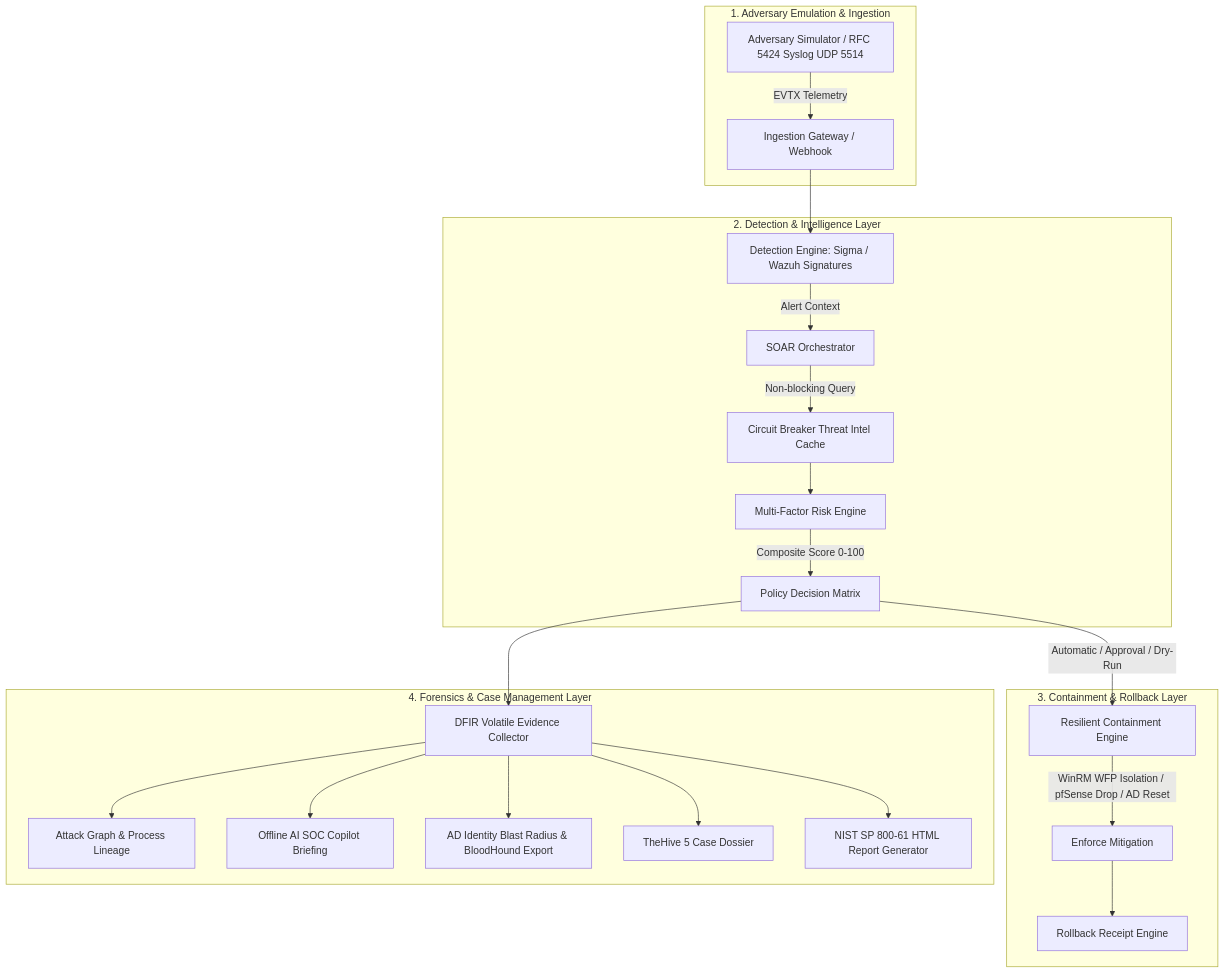
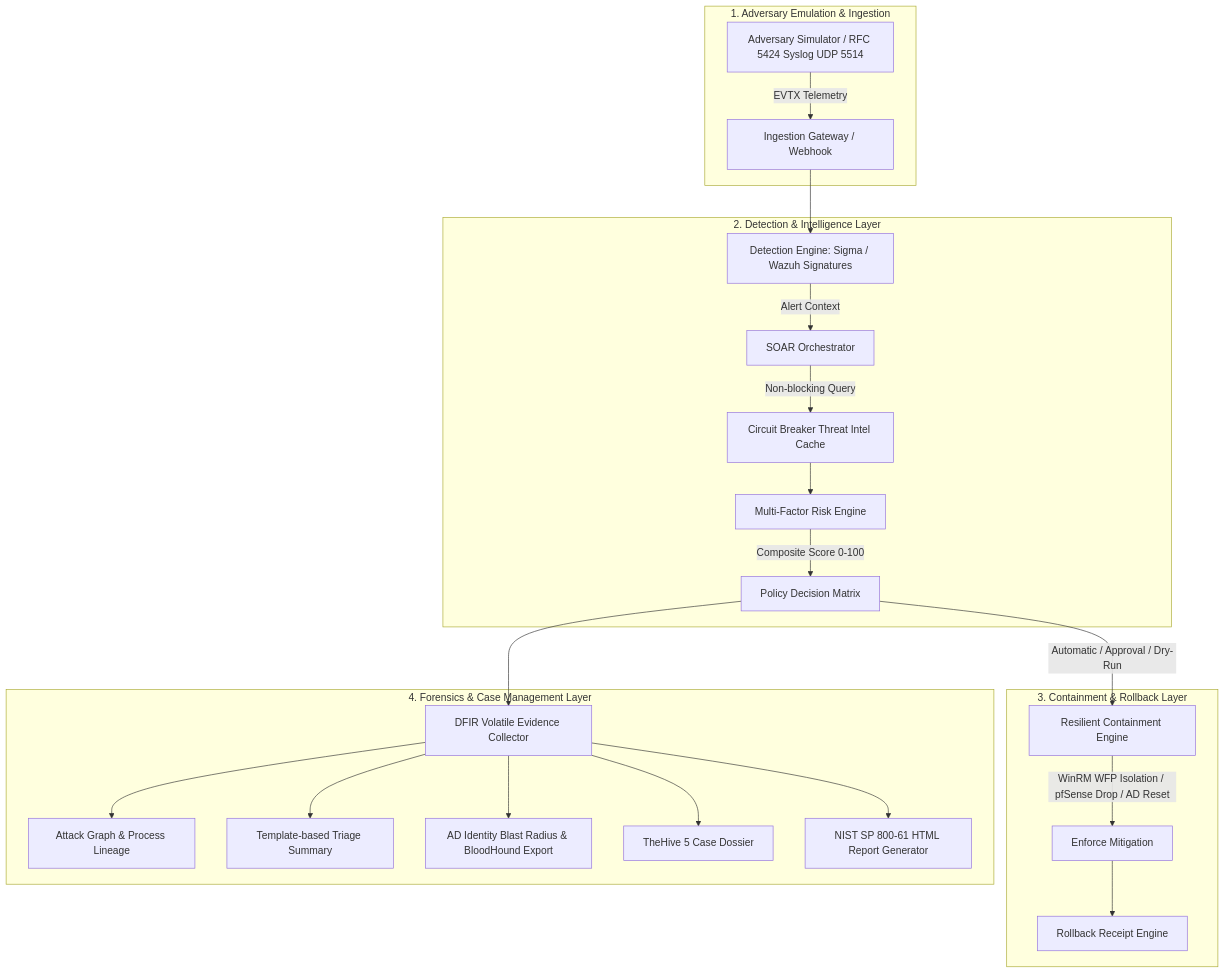
The diagram in README.md (lumidren/CyberPulse-SOC-Suite), drawn with Mermaid before and after one commit. The commit also changed other lines of this file and 2 other files, not shown here.

````diff
--- a/README.md
+++ b/README.md
@@ -79,29 +79,29 @@
 ```mermaid
 flowchart TD
     subgraph 1. Adversary Emulation & Ingestion
         SIM[Adversary Simulator / RFC 5424 Syslog UDP 5514] -->|EVTX Telemetry| INGEST[Ingestion Gateway / Webhook]
     end
 
     subgraph 2. Detection & Intelligence Layer
         INGEST --> DE[Detection Engine: Sigma / Wazuh Signatures]
         DE -->|Alert Context| ORCH[SOAR Orchestrator]
         ORCH -->|Non-blocking Query| CB[Circuit Breaker Threat Intel Cache]
         CB --> RISK[Multi-Factor Risk Engine]
         RISK -->|Composite Score 0-100| POL[Policy Decision Matrix]
     end
 
     subgraph 3. Containment & Rollback Layer
         POL -->|Automatic / Approval / Dry-Run| CONT[Resilient Containment Engine]
         CONT -->|WinRM WFP Isolation / pfSense Drop / AD Reset| ACTION[Enforce Mitigation]
         ACTION --> ROLLBACK[Rollback Receipt Engine]
     end
 
     subgraph 4. Forensics & Case Management Layer
         POL --> DFIR[DFIR Volatile Evidence Collector]
         DFIR --> GRAPH[Attack Graph & Process Lineage]
-        DFIR --> COPILOT[Offline AI SOC Copilot Briefing]
+        DFIR --> COPILOT[Template-based Triage Summary]
         DFIR --> ID[AD Identity Blast Radius & BloodHound Export]
         DFIR --> TH5[TheHive 5 Case Dossier]
         DFIR --> REPORT[NIST SP 800-61 HTML Report Generator]
     end
 ```
````
